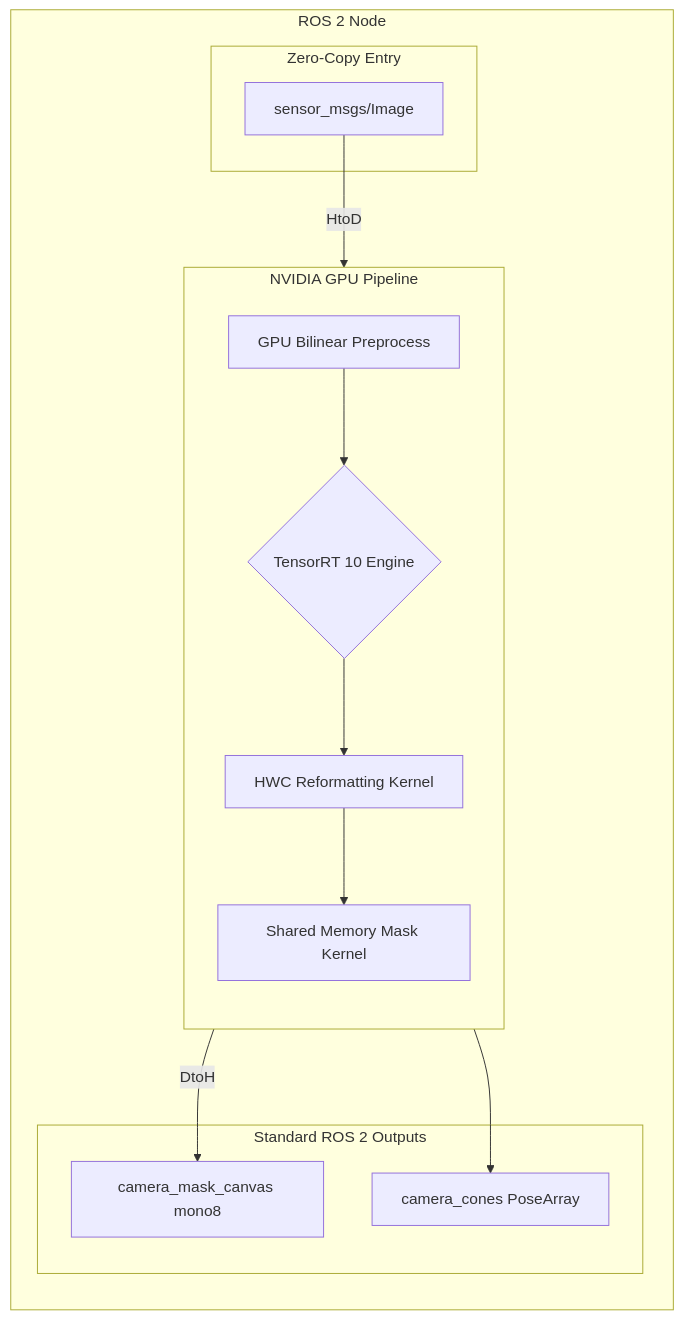
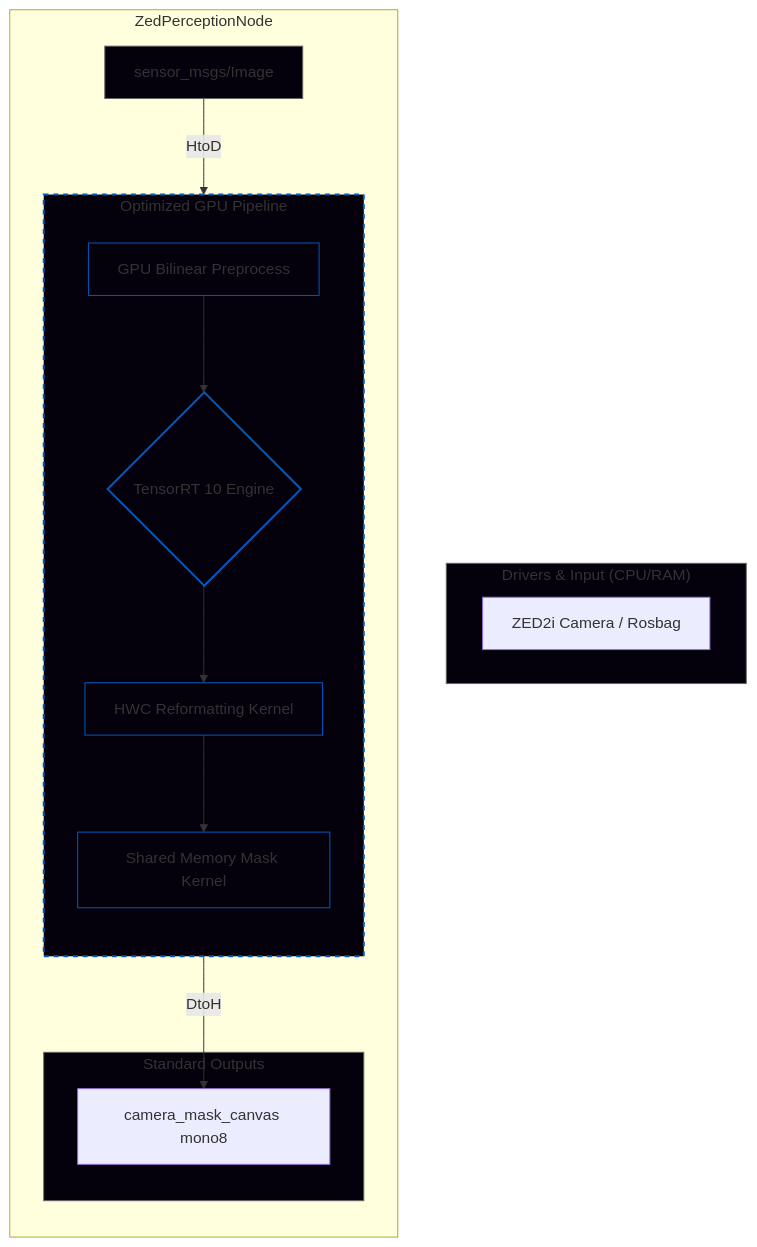
Before and after one commit to lorefargio/Camera_based_Cone_Detection: the first of 2 diagrams in README.md, drawn with Mermaid. The commit also changed other lines of this file and 4 other files, not shown here.

Commit message:
the graph optimization dectrase the standard deviation but decrase the avarage FPS, trying to do better

````diff
--- a/README.md
+++ b/README.md
@@ -9,30 +9,40 @@
 ```mermaid
 graph TD
-    subgraph "ROS 2 Node"
+    subgraph Drivers ["Drivers & Input (CPU/RAM)"]
+        ZED[ZED2i Camera / Rosbag]
+    end
+
+    subgraph Node ["ZedPerceptionNode"]
         direction TB
-        subgraph "Zero-Copy Entry"
-            IMG[sensor_msgs/Image]
-        end
-
-        subgraph "NVIDIA GPU Pipeline"
+        IMG[sensor_msgs/Image]
+        
+        subgraph Pipeline ["Optimized GPU Pipeline"]
             direction TB
             PRE[GPU Bilinear Preprocess]
             TRT{TensorRT 10 Engine}
             REF[HWC Reformatting Kernel]
             POST[Shared Memory Mask Kernel]
             
             PRE --> TRT
             TRT --> REF
             REF --> POST
         end
 
-        subgraph "Standard ROS 2 Outputs"
+        subgraph Outputs ["Standard Outputs"]
             MC[camera_mask_canvas mono8]
-            CC[camera_cones PoseArray]
         end
         
         IMG -->|HtoD| PRE
         POST -->|DtoH| MC
-        TRT --> CC
     end
+
+    %% Styling
+    style Drivers fill:#04010C,stroke:#666,stroke-width:1px
+    style IMG fill:#04010C,stroke:#666,stroke-width:1px
+    style Outputs fill:#04010C,stroke:#666,stroke-width:1px
+    style Pipeline fill:#04010C,stroke:#005cc5,stroke-width:2px,stroke-dasharray: 5 5
+    style PRE fill:#04010C,stroke:#005cc5,stroke-width:1px
+    style TRT fill:#04010C,stroke:#005cc5,stroke-width:2px
+    style REF fill:#04010C,stroke:#005cc5,stroke-width:1px
+    style POST fill:#04010C,stroke:#005cc5,stroke-width:1px
 ```
````
